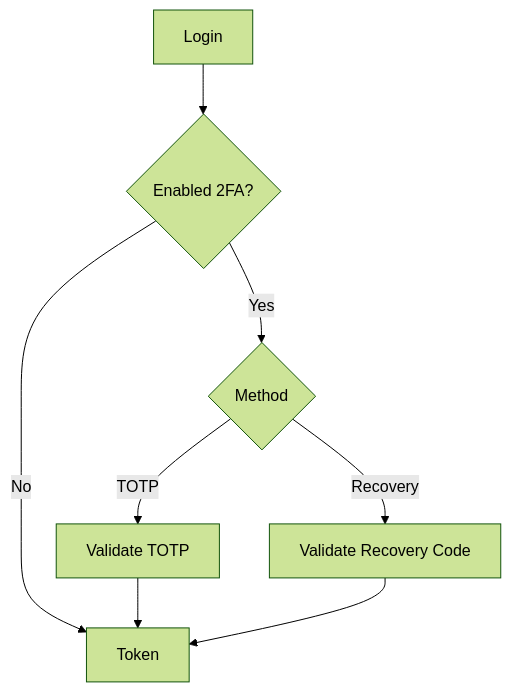
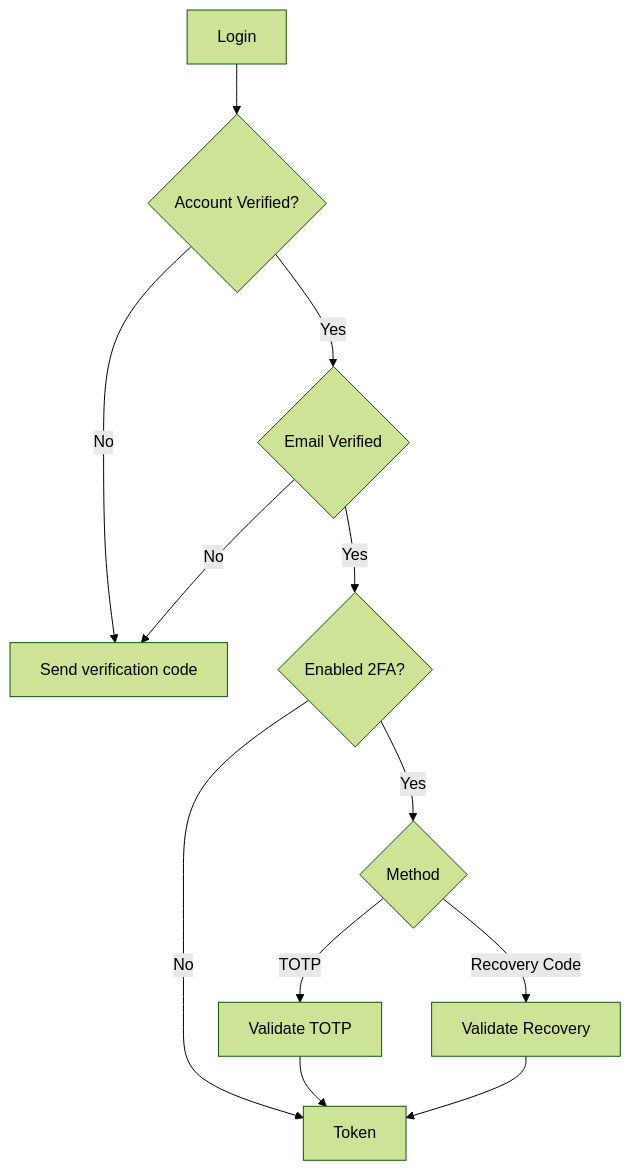
One commit to neupaneanish/authentication changed the first of 2 diagrams in README.md. Above: the diagram before and after it, drawn with Mermaid (forest theme). The commit also changed other lines of this file and 36 other files, not shown here.

````diff
--- a/README.md
+++ b/README.md
@@ -89,10 +89,14 @@
 ```mermaid
 flowchart TD
-    A[Login] --> B{Enabled 2FA?}
-    B -->|No| E[Token]
-    B -->|Yes| C{Method}
-    C -->|TOTP| D[Validate TOTP]
-    C -->|Recovery| F[Validate Recovery Code]
-    D --> E
-    F --> E
+    A[Login] --> B{Account Verified?}
+    B -->|Yes| C{Email Verified}
+    B -->|No| I[Send verification code]
+    C -->|No| I
+    C -->|Yes| D{Enabled 2FA?}
+    D -->|Yes| E{Method}
+    D -->|No| F[Token]
+    E -->|TOTP| G[Validate TOTP]
+    E -->|Recovery Code| H[Validate Recovery]
+    G --> F
+    H --> F
 ```
````
